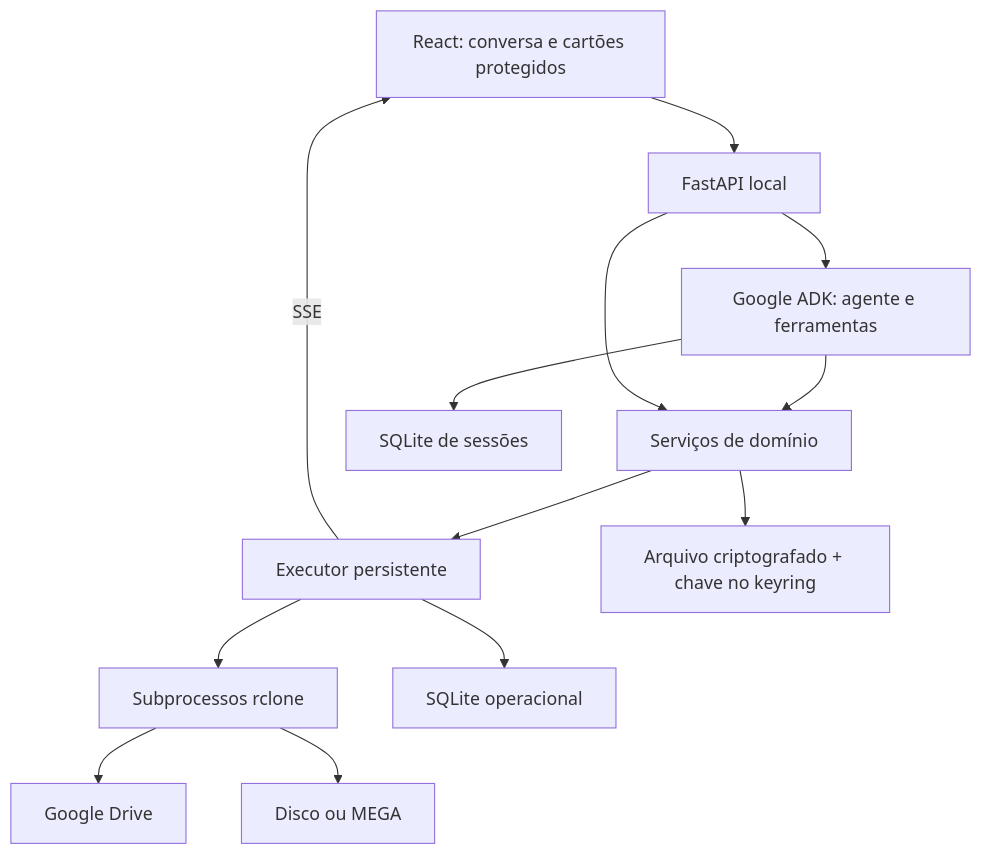
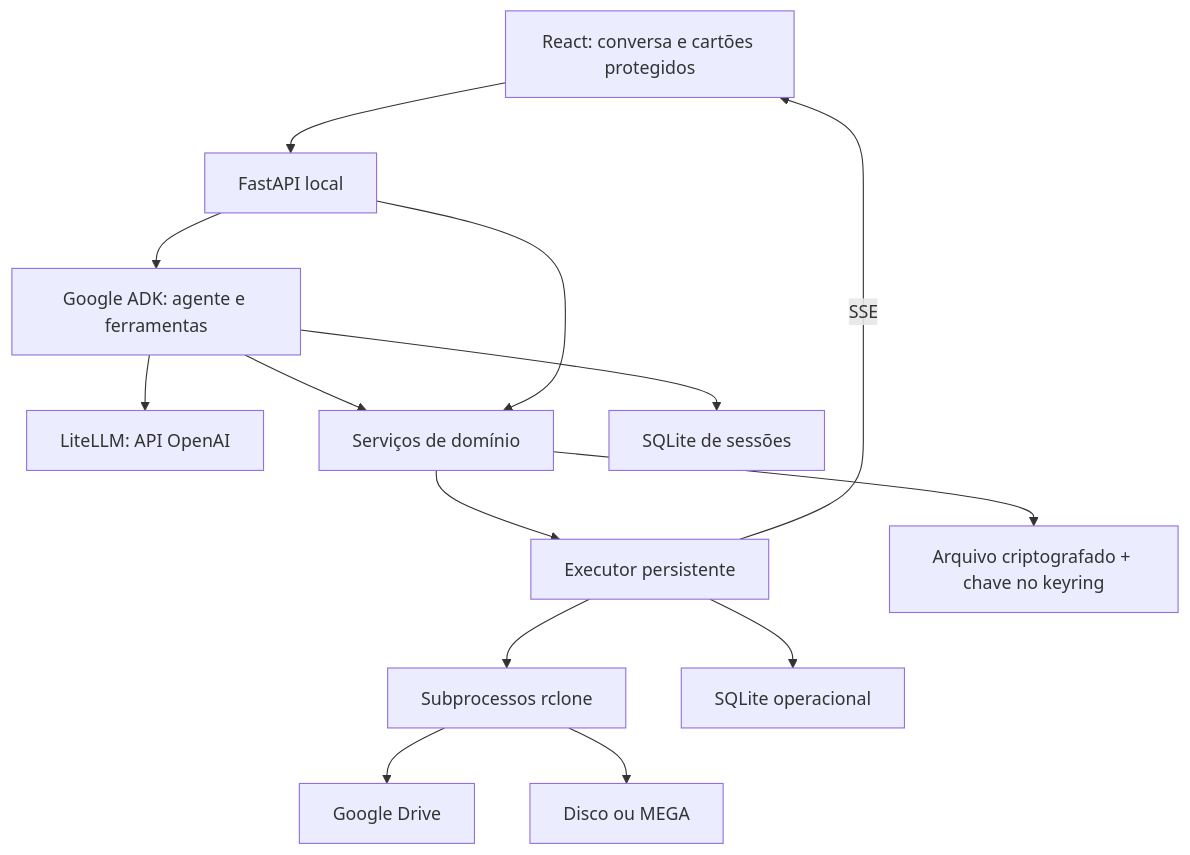
The diagram in docs/architecture.md (caleo-hub/drive-transfer-agent), drawn with Mermaid before and after one commit. The commit also changed 19 other files, not shown here.

Commit message:
Use OpenAI models through the Google ADK LiteLLM connector

````diff
--- a/docs/architecture.md
+++ b/docs/architecture.md
@@ -3,15 +3,16 @@
 ```mermaid
 flowchart TD
   UI[React: conversa e cartões protegidos] --> API[FastAPI local]
   API --> ADK[Google ADK: agente e ferramentas]
+  ADK --> LiteLLM[LiteLLM: API OpenAI]
   ADK --> Services[Serviços de domínio]
   API --> Services
   Services --> Jobs[Executor persistente]
   Jobs --> Rclone[Subprocessos rclone]
   Rclone --> Drive[Google Drive]
   Rclone --> Dest[Disco ou MEGA]
   Jobs --> DB[SQLite operacional]
   ADK --> Sessions[SQLite de sessões]
   Jobs -->|SSE| UI
   Services --> Vault[Arquivo criptografado + chave no keyring]
 ```
````
